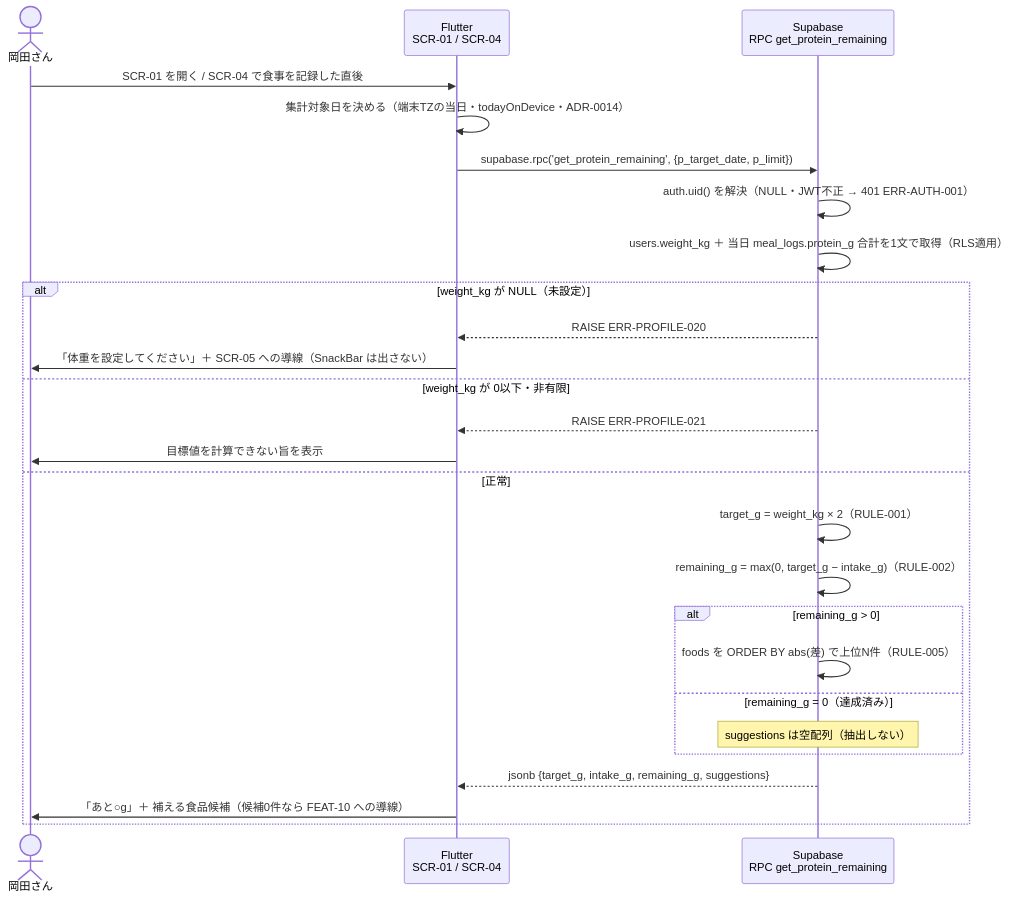
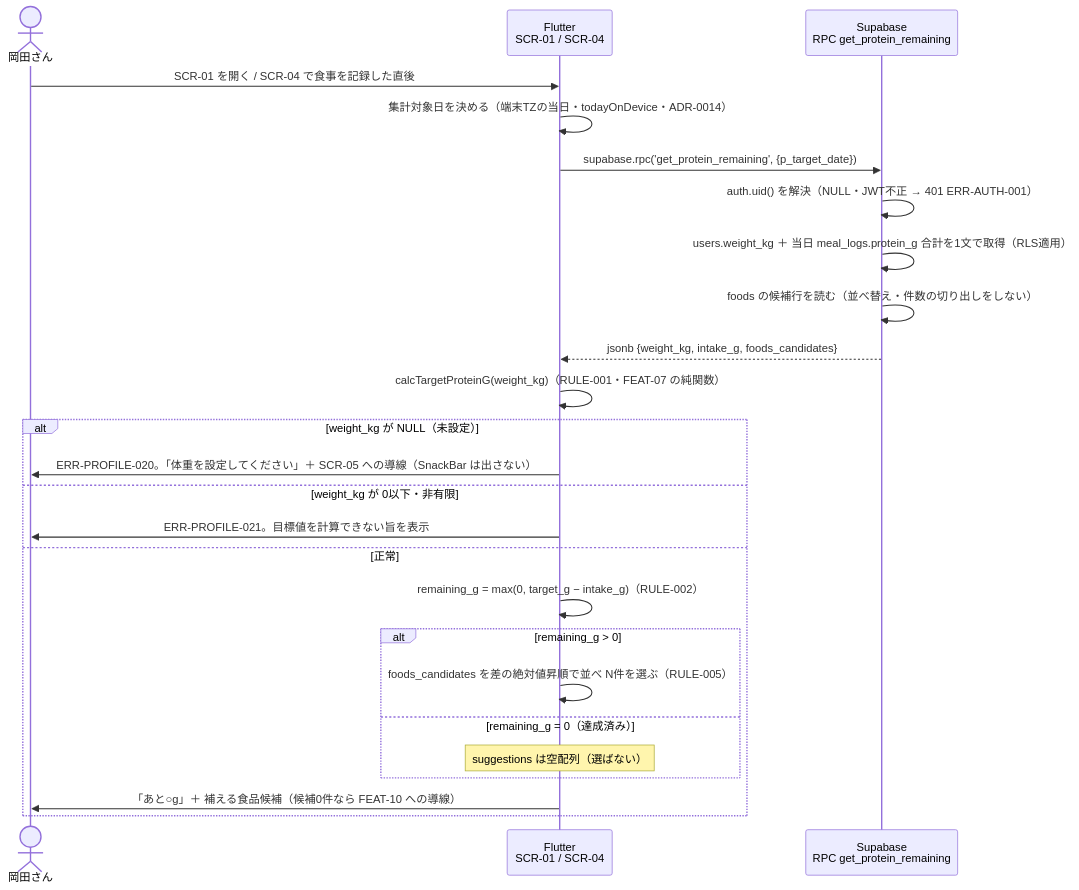
Before and after one commit to k-okada51/okada-fit: the diagram in docs/02_設計/50_詳細設計/08_機能別詳細設計/FEAT-09_タンパク質残量と不足分提示.md, drawn with Mermaid. The commit also changed other lines of this file and 13 other files, not shown here.

````diff
--- a/docs/02_設計/50_詳細設計/08_機能別詳細設計/FEAT-09_タンパク質残量と不足分提示.md
+++ b/docs/02_設計/50_詳細設計/08_機能別詳細設計/FEAT-09_タンパク質残量と不足分提示.md
@@ -61,29 +68,28 @@
 ```mermaid
 sequenceDiagram
   actor U as 岡田さん
   participant F as Flutter<br/>SCR-01 / SCR-04
   participant R as Supabase<br/>RPC get_protein_remaining
 
   U->>F: SCR-01 を開く / SCR-04 で食事を記録した直後
   F->>F: 集計対象日を決める（端末TZの当日・todayOnDevice・ADR-0014）
-  F->>R: supabase.rpc('get_protein_remaining', {p_target_date, p_limit})
+  F->>R: supabase.rpc('get_protein_remaining', {p_target_date})
   R->>R: auth.uid() を解決（NULL・JWT不正 → 401 ERR-AUTH-001）
   R->>R: users.weight_kg ＋ 当日 meal_logs.protein_g 合計を1文で取得（RLS適用）
+  R->>R: foods の候補行を読む（並べ替え・件数の切り出しをしない）
+  R-->>F: jsonb {weight_kg, intake_g, foods_candidates}
+  F->>F: calcTargetProteinG(weight_kg)（RULE-001・FEAT-07 の純関数）
   alt weight_kg が NULL（未設定）
-    R-->>F: RAISE ERR-PROFILE-020
-    F->>U: 「体重を設定してください」＋ SCR-05 への導線（SnackBar は出さない）
+    F->>U: ERR-PROFILE-020。「体重を設定してください」＋ SCR-05 への導線（SnackBar は出さない）
   else weight_kg が 0以下・非有限
-    R-->>F: RAISE ERR-PROFILE-021
-    F->>U: 目標値を計算できない旨を表示
+    F->>U: ERR-PROFILE-021。目標値を計算できない旨を表示
   else 正常
-    R->>R: target_g = weight_kg × 2（RULE-001）
-    R->>R: remaining_g = max(0, target_g − intake_g)（RULE-002）
+    F->>F: remaining_g = max(0, target_g − intake_g)（RULE-002）
     alt remaining_g > 0
-      R->>R: foods を ORDER BY abs(差) で上位N件（RULE-005）
+      F->>F: foods_candidates を差の絶対値昇順で並べ N件を選ぶ（RULE-005）
     else remaining_g = 0（達成済み）
-      Note over R: suggestions は空配列（抽出しない）
+      Note over F: suggestions は空配列（選ばない）
     end
-    R-->>F: jsonb {target_g, intake_g, remaining_g, suggestions}
     F->>U: 「あと○g」＋ 補える食品候補（候補0件なら FEAT-10 への導線）
   end
 ```
````
